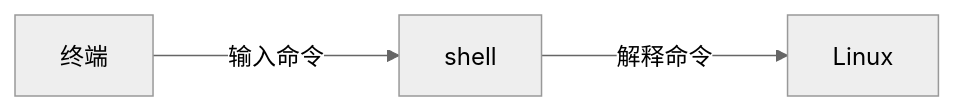
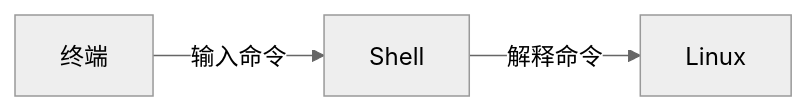
Before and after one commit to gddyqgd/missing-semester: the second of 4 diagrams in 2027/gddyqgd/notes/lesson1.md, drawn with Mermaid (neutral theme). The commit also changed other lines of this file, not shown here.

````diff
--- a/2027/gddyqgd/notes/lesson1.md
+++ b/2027/gddyqgd/notes/lesson1.md
@@ -21,6 +22,6 @@
 ```mermaid
 graph LR
 
-A[终端] --->|输入命令| B[shell]
-B[shell] --->|解释命令| C[Linux]
+A[终端] -->|输入命令| B[Shell]
+B[Shell] -->|解释命令| C[Linux]
 ```
````
